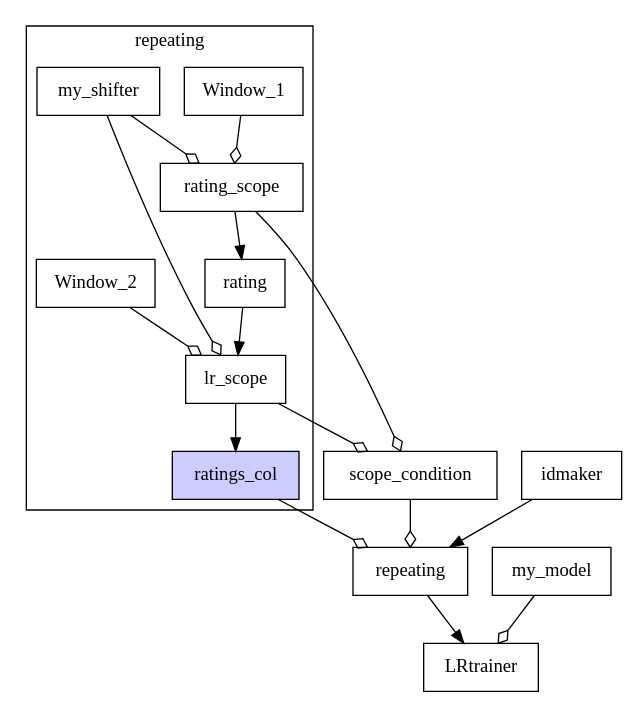
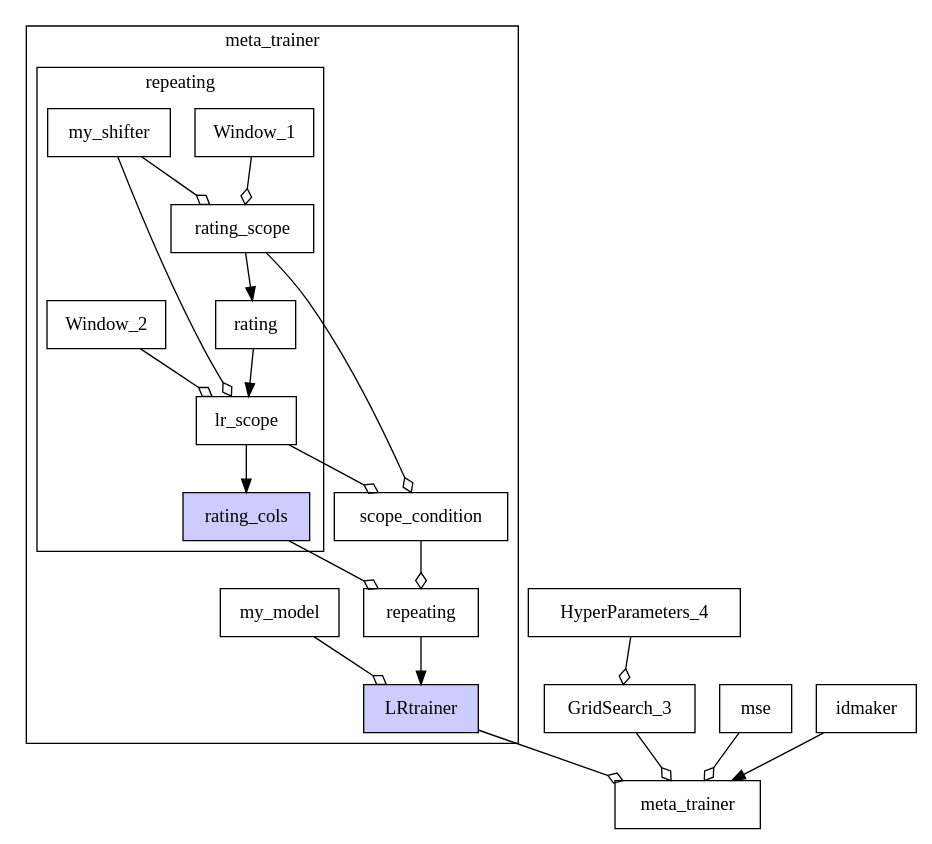
One commit to GustikS/xdot.py changed the diagram in temp.dot. Above: the diagram before and after it, drawn with Graphviz. The commit also changed 3 other files, not shown here.

```diff
--- a/temp.dot
+++ b/temp.dot
@@ -1,90 +1,124 @@
 digraph "" {
-	graph [bb="0,0,382,499"];
+	graph [bb="0,0,578,602"];
 	node [label="\N"];
-	subgraph clusterrepeating {
-		graph [bb="0,136,188,499",
-			label=repeating,
+	subgraph clustermeta_trainer {
+		graph [bb="0,64,318,602",
+			label=meta_trainer,
 			lheight=0.21,
-			lp="94,487.5",
-			lwidth=0.71
+			lp="159,590.5",
+			lwidth=0.97
 		];
-		Window_1		 [height=0.5,
-			pos="141,450",
+		subgraph clusterrepeating {
+			graph [bb="8,208,196,571",
+				label=repeating,
+				lheight=0.21,
+				lp="102,559.5",
+				lwidth=0.71
+			];
+			Window_1	[height=0.5,
+				pos="149,522",
+				shape=box,
+				width=1.0694];
+			rating_scope	[height=0.5,
+				pos="145,450",
+				shape=box,
+				width=1.1944];
+			Window_1 -> rating_scope	[arrowhead=ediamond,
+				pos="e,145.98,468.1 148.01,503.7 147.6,496.58 147.12,488.13 146.66,480.11"];
+			rating	[height=0.5,
+				pos="159,378",
+				shape=box,
+				width=0.75];
+			rating_scope -> rating	[arrowhead=normal,
+				pos="e,155.58,396.1 148.46,431.7 150,423.98 151.86,414.71 153.58,406.11"];
+			lr_scope	[height=0.5,
+				pos="148,306",
+				shape=box,
+				width=0.86111];
+			rating -> lr_scope	[arrowhead=normal,
+				pos="e,150.69,324.1 156.28,359.7 155.07,351.98 153.61,342.71 152.26,334.11"];
+			rating_cols	[fillcolor="#CCCCFF",
+				height=0.5,
+				pos="148,234",
+				shape=box,
+				style=filled,
+				width=1.0694];
+			lr_scope -> rating_cols	[arrowhead=normal,
+				pos="e,148,252.1 148,287.7 148,279.98 148,270.71 148,262.11"];
+			my_shifter	[height=0.5,
+				pos="54,522",
+				shape=box,
+				width=1.0556];
+			my_shifter -> rating_scope	[arrowhead=ediamond,
+				pos="e,122.76,468.1 76.494,503.7 87.514,495.22 100.98,484.86 113.04,475.58"];
+			my_shifter -> lr_scope	[arrowhead=ediamond,
+				pos="e,139.74,324.11 61.053,503.99 73.325,474.53 99.54,412.14 123,360 126.65,351.9 130.71,343.15 134.49,335.15"];
+			Window_2	[height=0.5,
+				pos="55,378",
+				shape=box,
+				width=1.0694];
+			Window_2 -> lr_scope	[arrowhead=ediamond,
+				pos="e,125.28,324.1 77.989,359.7 89.251,351.22 103.01,340.86 115.34,331.58"];
+		}
+		scope_condition	[height=0.5,
+			pos="257,234",
 			shape=box,
-			width=1.0694];
-		rating_scope		 [height=0.5,
-			pos="137,378",
+			width=1.4583];
+		rating_scope -> scope_condition	[arrowhead=ediamond,
+			pos="e,252.68,252.47 164.51,431.85 174.65,422.12 186.64,409.27 195,396 221.75,353.52 240.04,297.66 249.49,264.14"];
+		lr_scope -> scope_condition	[arrowhead=ediamond,
+			pos="e,230.23,252.19 174.66,287.88 188.26,279.15 205.01,268.39 219.84,258.86"];
+		repeating	[height=0.5,
+			pos="257,162",
 			shape=box,
-			width=1.1944];
-		Window_1 -> rating_scope		 [arrowhead=ediamond,
-			pos="e,138.02,396.41 139.99,431.83 139.6,424.72 139.13,416.37 138.69,408.4"];
-		rating		 [height=0.5,
-			pos="151,306",
-			shape=box,
-			width=0.75];
-		rating_scope -> rating		 [arrowhead=normal,
-			pos="e,147.42,324.41 140.53,359.83 142.03,352.13 143.81,342.97 145.47,334.42"];
-		lr_scope		 [height=0.5,
-			pos="140,234",
-			shape=box,
-			width=0.86111];
-		rating -> lr_scope		 [arrowhead=normal,
-			pos="e,142.81,252.41 148.22,287.83 147.05,280.13 145.65,270.97 144.34,262.42"];
-		ratings_col		 [fillcolor="#CCCCFF",
+			width=0.93056];
+		rating_cols -> repeating	[arrowhead=ediamond,
+			pos="e,230.23,180.19 174.66,215.88 188.26,207.15 205.01,196.39 219.84,186.86"];
+		scope_condition -> repeating	[arrowhead=ediamond,
+			pos="e,257,180.1 257,215.7 257,208.58 257,200.13 257,192.11"];
+		LRtrainer	[fillcolor="#CCCCFF",
 			height=0.5,
-			pos="140,162",
+			pos="257,90",
 			shape=box,
 			style=filled,
-			width=1.0694];
-		lr_scope -> ratings_col		 [arrowhead=normal,
-			pos="e,140,180.41 140,215.83 140,208.13 140,198.97 140,190.42"];
-		my_shifter		 [height=0.5,
-			pos="46,450",
+			width=0.95833];
+		repeating -> LRtrainer	[arrowhead=normal,
+			pos="e,257,108.1 257,143.7 257,135.98 257,126.71 257,118.11"];
+		my_model	[height=0.5,
+			pos="167,162",
 			shape=box,
 			width=1.0556];
-		my_shifter -> rating_scope		 [arrowhead=ediamond,
-			pos="e,114.04,396.16 68.963,431.83 79.74,423.3 92.77,412.99 104.54,403.68"];
-		my_shifter -> lr_scope		 [arrowhead=ediamond,
-			pos="e,131.3,252.43 53.477,431.94 65.949,401.94 91.913,339.96 115,288 118.55,280.01 122.49,271.4 126.17,263.45"];
-		Window_2		 [height=0.5,
-			pos="47,306",
-			shape=box,
-			width=1.0694];
-		Window_2 -> lr_scope		 [arrowhead=ediamond,
-			pos="e,116.54,252.16 70.468,287.83 81.482,279.3 94.8,268.99 106.83,259.68"];
+		my_model -> LRtrainer	[arrowhead=ediamond,
+			pos="e,235.01,108.1 189.25,143.7 200.15,135.22 213.46,124.86 225.39,115.58"];
 	}
-	scope_condition	 [height=0.5,
-		pos="249,162",
+	meta_trainer	[height=0.5,
+		pos="425,18",
 		shape=box,
-		width=1.4583];
-	rating_scope -> scope_condition	 [arrowhead=ediamond,
-		pos="e,244.53,180.04 156.99,359.98 167.03,350.12 178.77,337.24 187,324 213.51,281.37 231.78,225.56 241.31,191.82"];
-	lr_scope -> scope_condition	 [arrowhead=ediamond,
-		pos="e,221.5,180.16 167.51,215.83 180.8,207.05 196.97,196.37 211.38,186.85"];
-	repeating	 [height=0.5,
-		pos="249,90",
+		width=1.1944];
+	LRtrainer -> meta_trainer	[arrowhead=ediamond,
+		pos="e,384.02,36.077 291.81,74.496 315.17,64.763 346.36,51.766 372.69,40.797"];
+	HyperParameters_4	[height=0.5,
+		pos="389,162",
 		shape=box,
-		width=0.93056];
-	ratings_col -> repeating	 [arrowhead=ediamond,
-		pos="e,221.5,108.16 167.51,143.83 180.8,135.05 196.97,124.37 211.38,114.85"];
-	scope_condition -> repeating	 [arrowhead=ediamond,
-		pos="e,249,108.41 249,143.83 249,136.81 249,128.57 249,120.69"];
-	LRtrainer	 [height=0.5,
-		pos="294,18",
+		width=1.7361];
+	GridSearch_3	[height=0.5,
+		pos="380,90",
 		shape=box,
-		width=0.95833];
-	repeating -> LRtrainer	 [arrowhead=normal,
-		pos="e,282.49,36.413 260.36,71.831 265.43,63.708 271.52,53.964 277.12,45.012"];
-	my_model	 [height=0.5,
-		pos="339,90",
+		width=1.2778];
+	HyperParameters_4 -> GridSearch_3	[arrowhead=ediamond,
+		pos="e,382.2,108.1 386.78,143.7 385.86,136.58 384.77,128.13 383.74,120.11"];
+	GridSearch_3 -> meta_trainer	[arrowhead=ediamond,
+		pos="e,414,36.104 391.12,71.697 396.03,64.067 401.91,54.916 407.39,46.396"];
+	mse	[height=0.5,
+		pos="471,90",
 		shape=box,
-		width=1.0556];
-	my_model -> LRtrainer	 [arrowhead=ediamond,
-		pos="e,305.51,36.413 327.64,71.831 322.88,64.216 317.23,55.175 311.94,46.699"];
-	idmaker	 [height=0.5,
-		pos="351,162",
+		width=0.75];
+	mse -> meta_trainer	[arrowhead=ediamond,
+		pos="e,436.24,36.104 459.63,71.697 454.62,64.067 448.6,54.916 443,46.396"];
+	idmaker	[height=0.5,
+		pos="547,90",
 		shape=box,
 		width=0.86111];
-	idmaker -> repeating	 [arrowhead=normal,
-		pos="e,274.73,108.16 325.26,143.83 312.46,134.79 296.81,123.75 283.03,114.02"];
+	idmaker -> meta_trainer	[arrowhead=normal,
+		pos="e,457.17,36.107 520.02,71.846 515.69,69.178 511.24,66.485 507,64 493.8,56.259 479.2,48.119 466.03,40.922"];
 }
```
